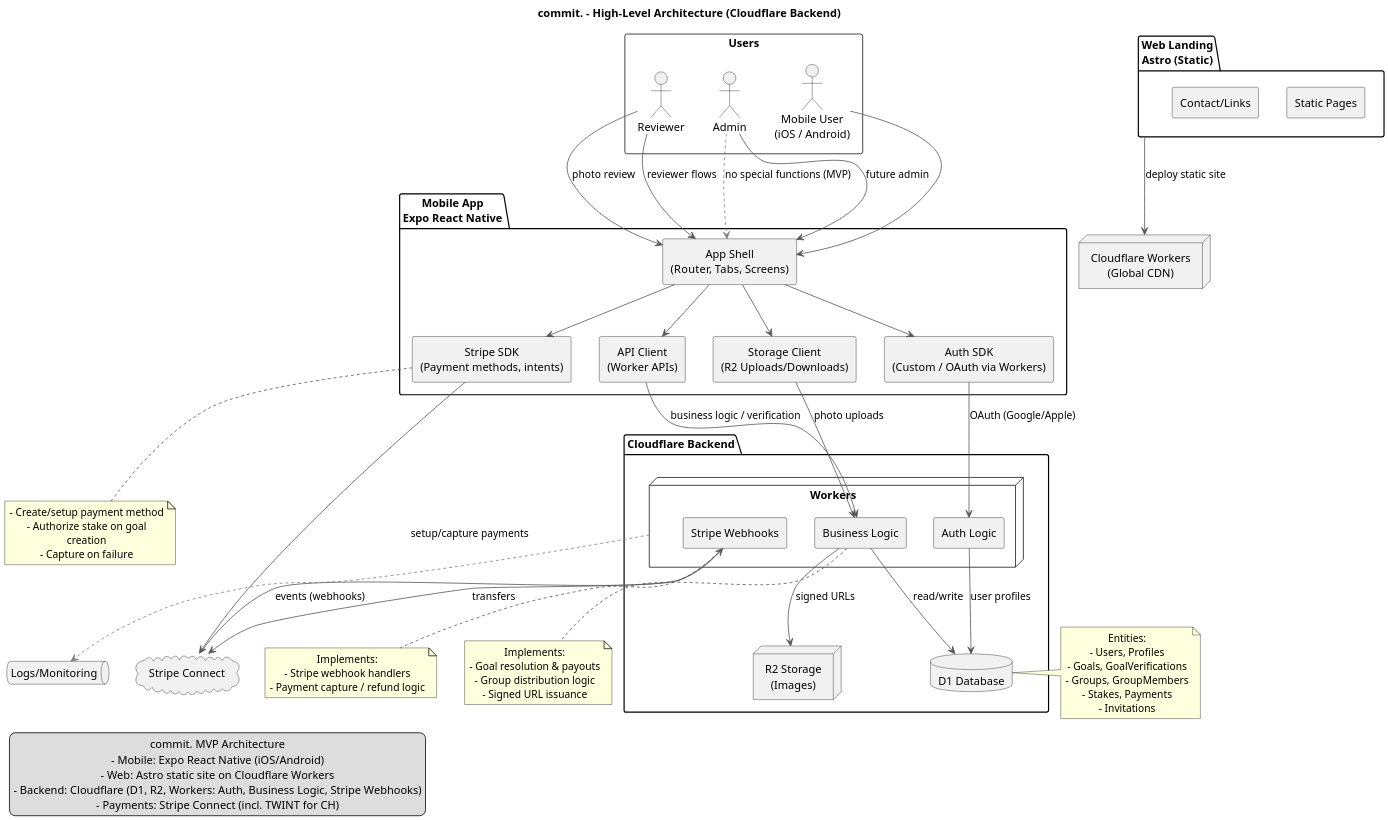
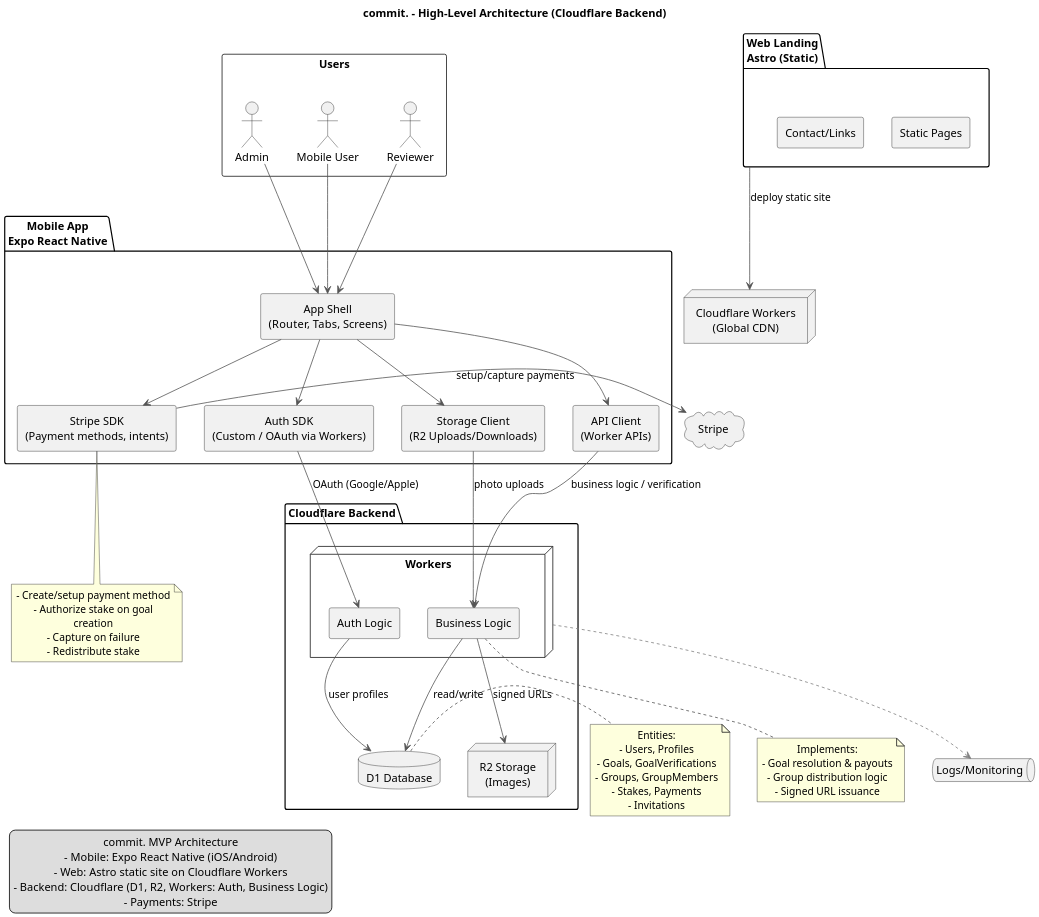
The diagram in docs/architecture.puml (getcommitapp/commit), drawn with PlantUML before and after one commit. The commit also changed 6 other files, not shown here.

First line of the commit message:
docs: update uml (#172)

```diff
--- a/docs/architecture.puml
+++ b/docs/architecture.puml
@@ -1,111 +1,101 @@
 @startuml architecture
 title commit. - High-Level Architecture (Cloudflare Backend)
 
 skinparam componentStyle rectangle
 skinparam shadowing false
 skinparam defaultTextAlignment center
 skinparam wrapWidth 200
 skinparam dpi 180
 skinparam ArrowColor #555555
 skinparam ArrowThickness 1
 skinparam monochrome false
 
 legend left
   commit. MVP Architecture
   - Mobile: Expo React Native (iOS/Android)
   - Web: Astro static site on Cloudflare Workers
-  - Backend: Cloudflare (D1, R2, Workers: Auth, Business Logic, Stripe Webhooks)
-  - Payments: Stripe Connect (incl. TWINT for CH)
+  - Backend: Cloudflare (D1, R2, Workers: Auth, Business Logic)
+  - Payments: Stripe
 endlegend
 
 rectangle "Users" as Users {
-  actor "Mobile User\n(iOS / Android)" as MobileUser
+  actor "Mobile User" as MobileUser
   actor "Reviewer" as Reviewer
   actor "Admin" as Admin
 }
 
 package "Mobile App\nExpo React Native" as Mobile {
   [App Shell\n(Router, Tabs, Screens)] as AppShell
   [Auth SDK\n(Custom / OAuth via Workers)] as MobileAuth
   [API Client\n(Worker APIs)] as MobileApi
   [Storage Client\n(R2 Uploads/Downloads)] as MobileStorage
   [Stripe SDK\n(Payment methods, intents)] as MobileStripe
 }
 
 package "Web Landing\nAstro (Static)" as Web {
   [Static Pages]
   [Contact/Links]
 }
 
 node "Cloudflare Workers\n(Global CDN)" as CF
 Web -down-> CF : deploy static site
 
 package "Cloudflare Backend" as Cloudflare {
   database "D1 Database" as DB
   node "R2 Storage\n(Images)" as Storage
   node "Workers" as Edge {
     [Auth Logic] as Auth
     [Business Logic] as BizLogic
-    [Stripe Webhooks] as StripeHooks
   }
 }
 
-cloud "Stripe Connect" as Stripe
+cloud Stripe
 
 MobileUser --> AppShell
-Reviewer --> AppShell : reviewer flows
-Admin --> AppShell : future admin
+Reviewer --> AppShell
+Admin --> AppShell
 
 AppShell --> MobileAuth
 AppShell --> MobileApi
 AppShell --> MobileStorage
 AppShell --> MobileStripe
 
 MobileAuth --> Auth : OAuth (Google/Apple)
 MobileStorage --> BizLogic : photo uploads
 MobileApi --> BizLogic : business logic / verification
 
 MobileStripe -right-> Stripe : setup/capture payments
-Stripe -left-> StripeHooks : events (webhooks)
-StripeHooks -down-> Stripe : transfers
 
 BizLogic --> DB : read/write
 BizLogic --> Storage : signed URLs
 Auth --> DB : user profiles
-
-Reviewer --> AppShell : photo review
-
-Admin -[#gray,dashed]-> AppShell : no special functions (MVP)
 
 queue "Logs/Monitoring" as Observability
 Edge -[#gray,dashed]-> Observability
 
 note right of DB
   Entities:
   - Users, Profiles
   - Goals, GoalVerifications
   - Groups, GroupMembers
   - Stakes, Payments
   - Invitations
 end note
 
 note bottom of BizLogic
   Implements:
   - Goal resolution & payouts
   - Group distribution logic
   - Signed URL issuance
 end note
 
-note bottom of StripeHooks
-  Implements:
-  - Stripe webhook handlers
-  - Payment capture / refund logic
-end note
+
 
 note bottom of MobileStripe
   - Create/setup payment method
   - Authorize stake on goal creation
   - Capture on failure
+  - Redistribute stake
 end note
 
 @enduml
```
